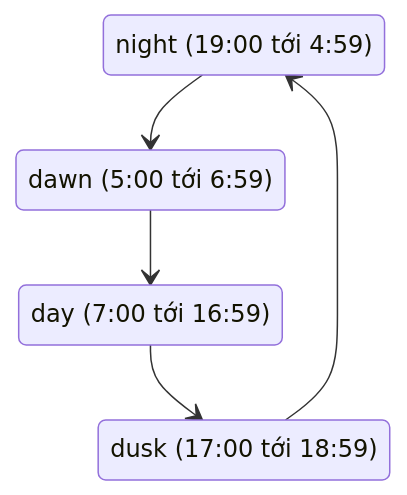
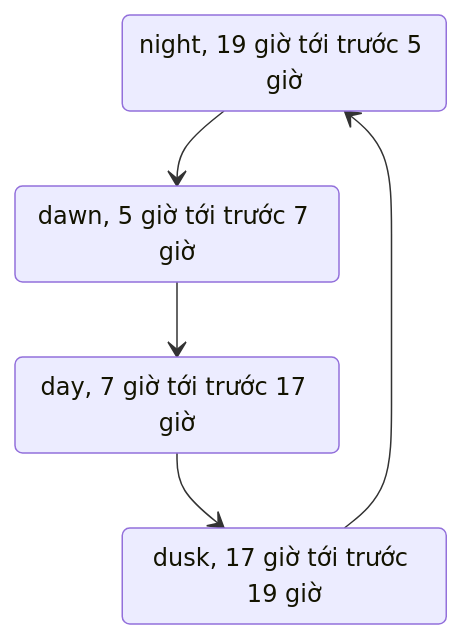
One commit to thankyouu91/CRM-BU4 changed the diagram in docs/petfarm-vault/40 Giao diện/Cảnh nhà và thời gian trong ngày.md. Above: the diagram before and after it, drawn with Mermaid. The commit also changed 18 other files, not shown here.

````diff
--- a/docs/petfarm-vault/40 Giao diện/Cảnh nhà và thời gian trong ngày.md
+++ b/docs/petfarm-vault/40 Giao diện/Cảnh nhà và thời gian trong ngày.md
@@ -17,11 +17,11 @@
 ```mermaid
 stateDiagram-v2
-  night: night (19:00 tới 4:59)
-  dawn: dawn (5:00 tới 6:59)
-  day: day (7:00 tới 16:59)
-  dusk: dusk (17:00 tới 18:59)
+  night: night, 19 giờ tới trước 5 giờ
+  dawn: dawn, 5 giờ tới trước 7 giờ
+  day: day, 7 giờ tới trước 17 giờ
+  dusk: dusk, 17 giờ tới trước 19 giờ
   night --> dawn
   dawn --> day
   day --> dusk
   dusk --> night
 ```
````
